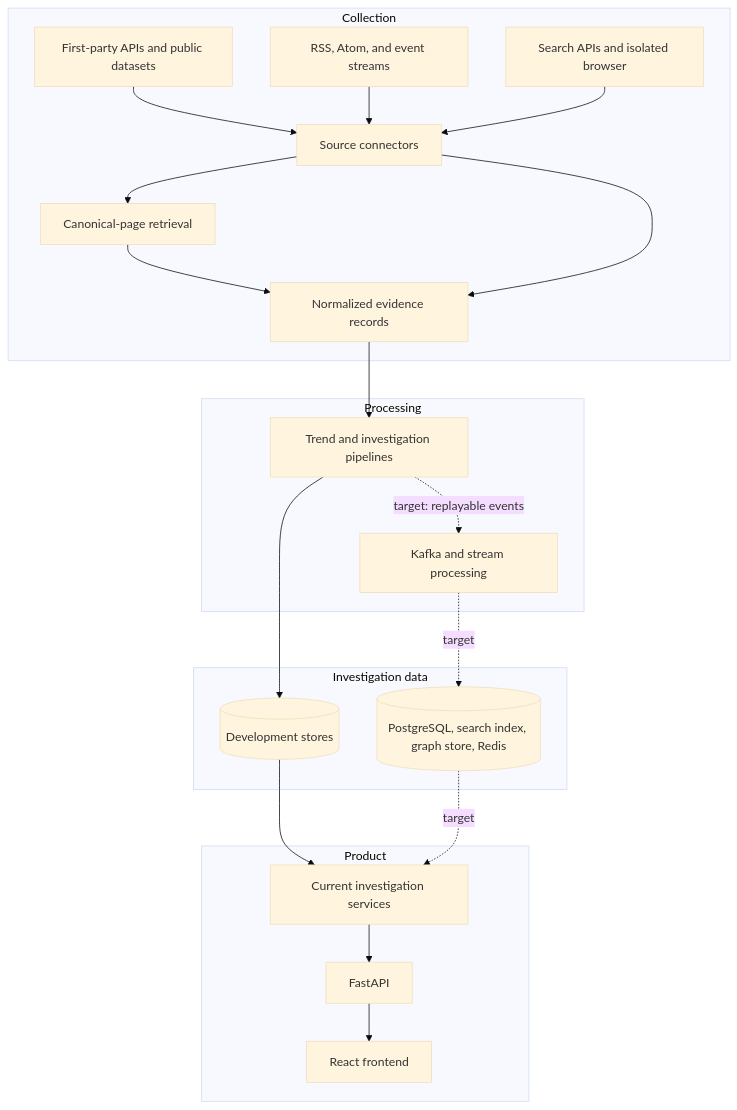
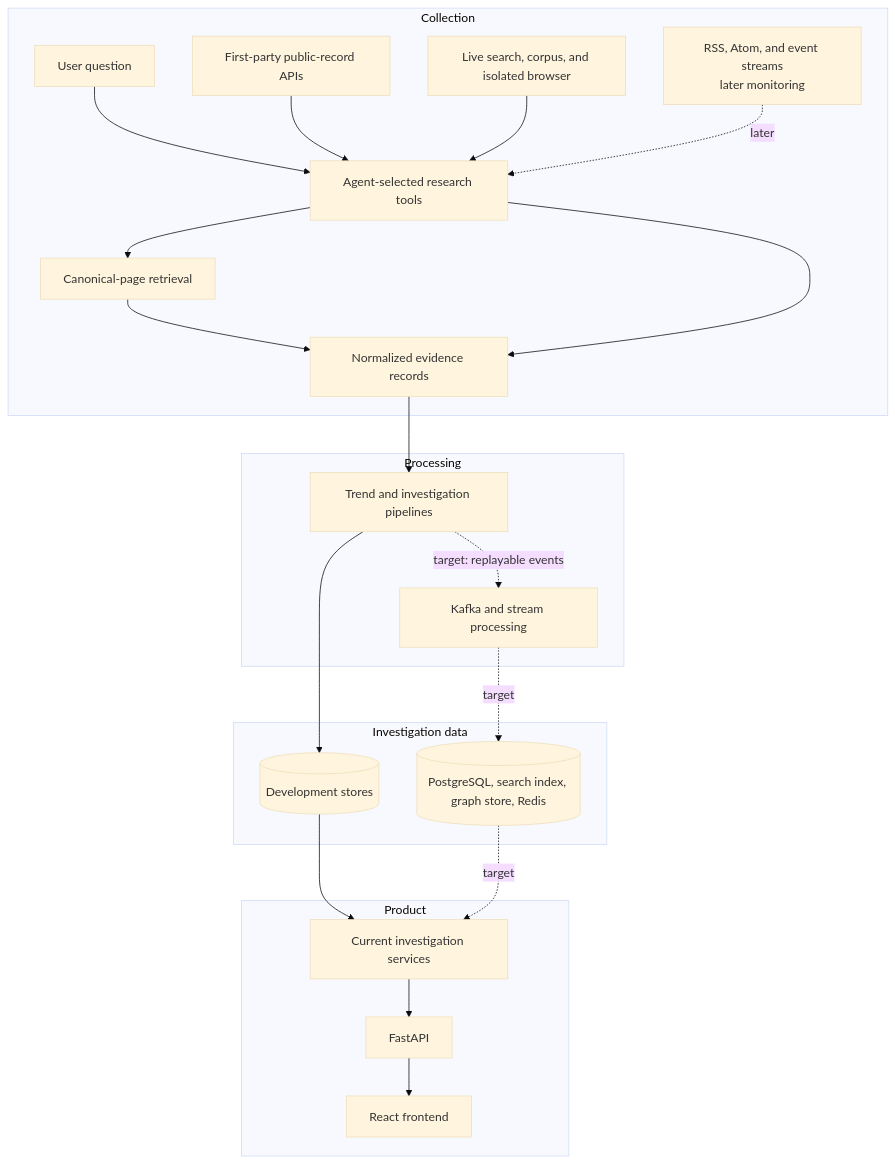
Before and after one commit to mnihad000/rhetoriq: the diagram in SYSTEM_DESIGN.md, drawn with Mermaid (base theme). The commit also changed other lines of this file and 6 other files, not shown here.

````diff
--- a/SYSTEM_DESIGN.md
+++ b/SYSTEM_DESIGN.md
@@ -17,29 +17,31 @@
 ```mermaid
 flowchart TB
     subgraph Collection
-      A[First-party APIs and public datasets]
-      B[RSS, Atom, and event streams]
-      C[Search APIs and isolated browser]
+      Q[User question]
+      A[First-party public-record APIs]
+      B[RSS, Atom, and event streams\nlater monitoring]
+      C[Live search, corpus, and isolated browser]
       D[Canonical-page retrieval]
-      A --> E[Source connectors]
-      B --> E
+      Q --> E[Agent-selected research tools]
+      A --> E
       C --> E
+      B -. later .-> E
       E --> D
       D --> F[Normalized evidence records]
       E --> F
     end
     subgraph Processing
       F --> G[Trend and investigation pipelines]
       G -. target: replayable events .-> H[Kafka and stream processing]
     end
     subgraph InvestigationData[Investigation data]
       G --> I[(Development stores)]
       H -. target .-> J[(PostgreSQL, search index, graph store, Redis)]
     end
     subgraph Product
       I --> K[Current investigation services]
       J -. target .-> K
       K --> L[FastAPI]
       L --> M[React frontend]
     end
 ```
````
